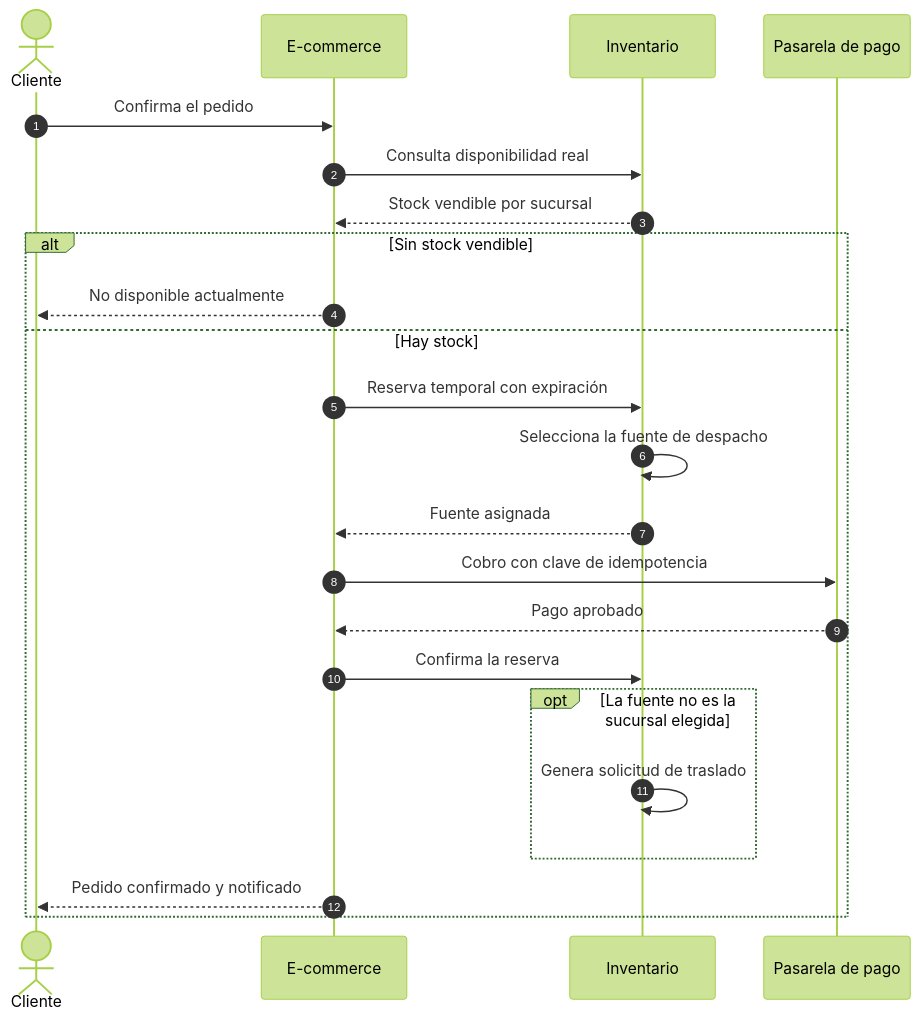
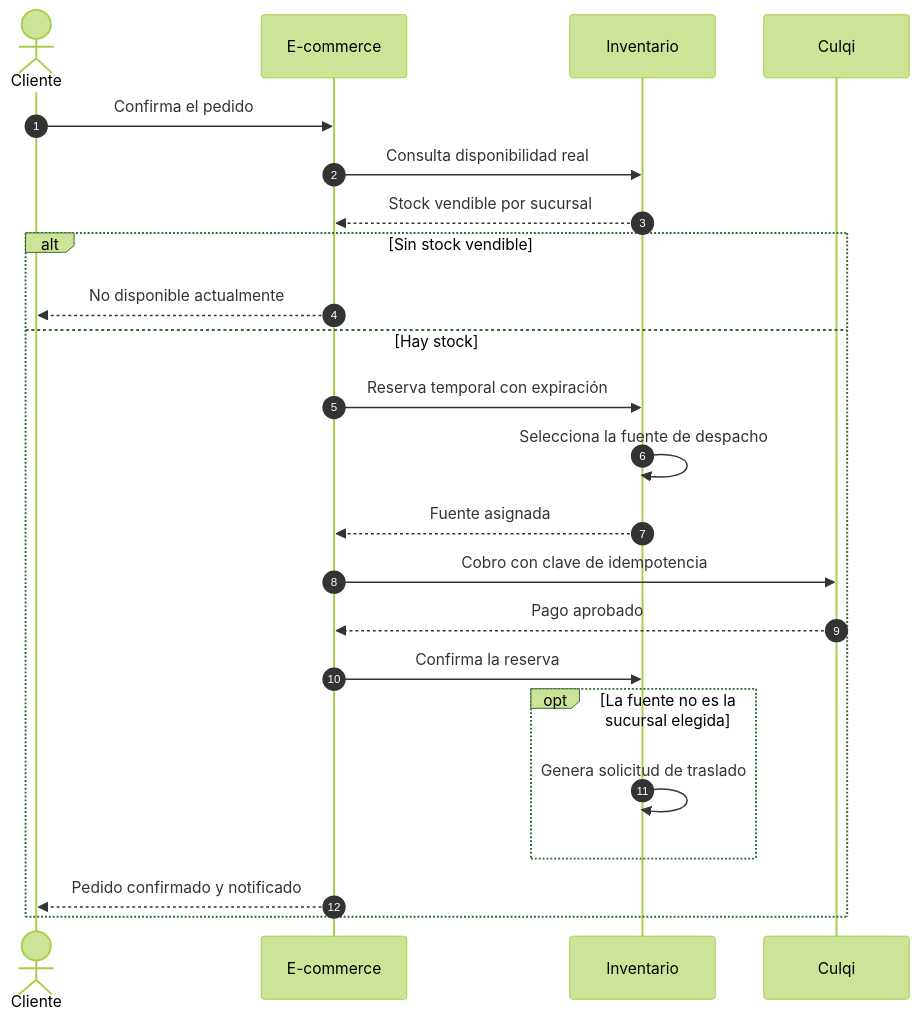
The second of 3 diagrams in docs/06-estilo-arquitectonico.md (P35C4D0R4B1050/BabelHub), drawn with Mermaid (forest theme) before and after one commit. The commit also changed other lines of this file and 1 other file, not shown here.

Commit message:
docs: add BabelHub.Web and 15-spec map to architecture style and approach

````diff
--- a/docs/06-estilo-arquitectonico.md
+++ b/docs/06-estilo-arquitectonico.md
@@ -112,26 +127,26 @@
 ```mermaid
 sequenceDiagram
 autonumber
 actor C as Cliente
 participant E as E-commerce
 participant I as Inventario
-participant P as Pasarela de pago
+participant P as Culqi
 
 C->>E: Confirma el pedido
 E->>I: Consulta disponibilidad real
 I-->>E: Stock vendible por sucursal
 alt Sin stock vendible
 E-->>C: No disponible actualmente
 else Hay stock
 E->>I: Reserva temporal con expiración
 I->>I: Selecciona la fuente de despacho
 I-->>E: Fuente asignada
 E->>P: Cobro con clave de idempotencia
 P-->>E: Pago aprobado
 E->>I: Confirma la reserva
 opt La fuente no es la sucursal elegida
 I->>I: Genera solicitud de traslado
 end
 E-->>C: Pedido confirmado y notificado
 end
 ```
````
